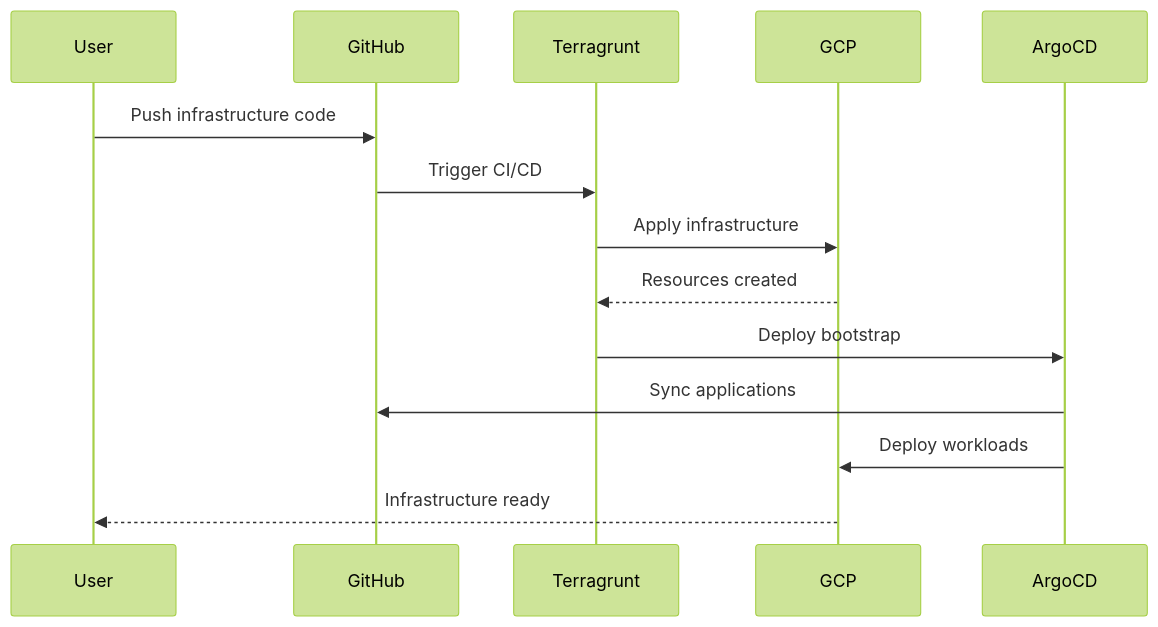
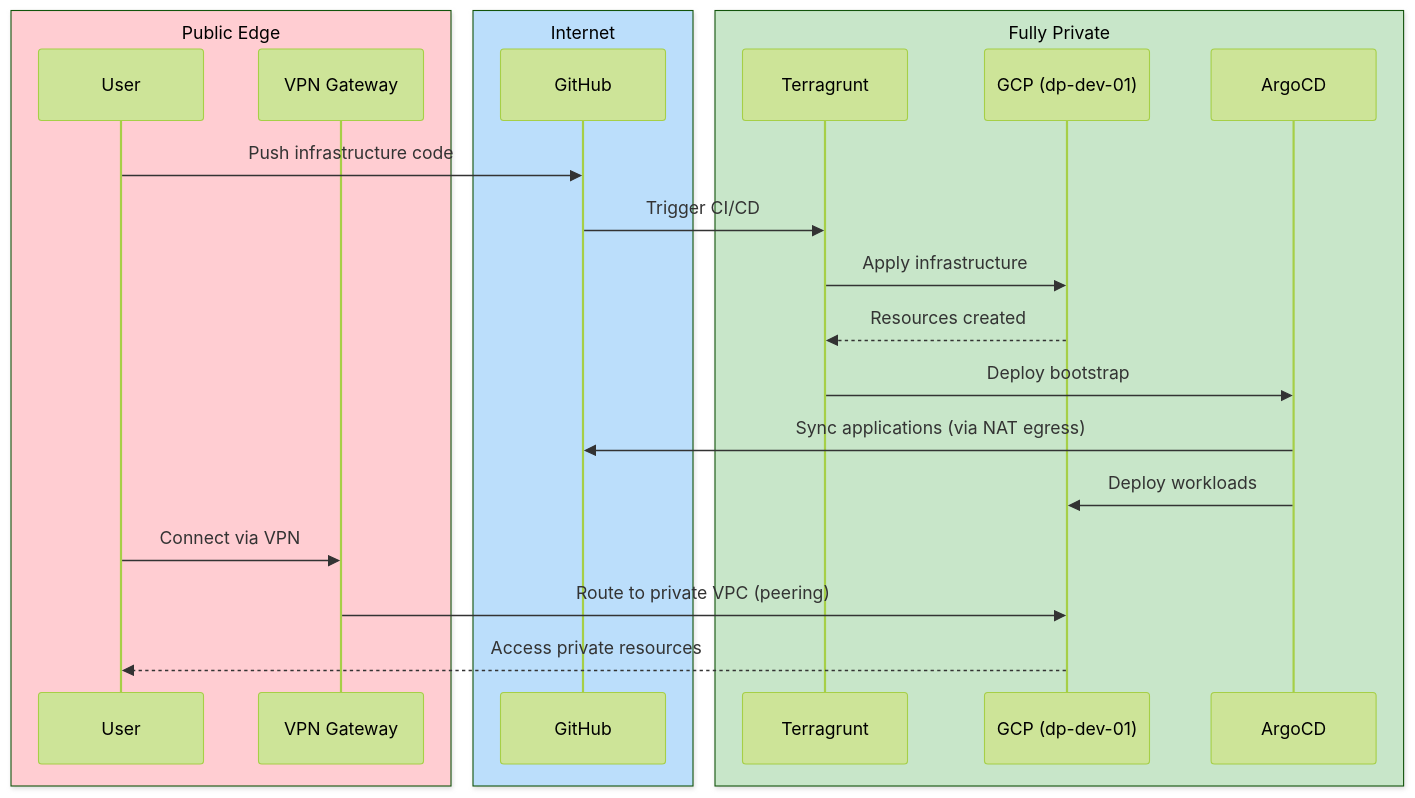
One commit to spolspol/terragrunt-gcp-org-automation changed the seventh of 7 diagrams in docs/ARCHITECTURE_DIAGRAM.md. Above: the diagram before and after it, drawn with Mermaid (forest theme). The commit also changed other lines of this file and 243 other files, not shown here.

````diff
--- a/docs/ARCHITECTURE_DIAGRAM.md
+++ b/docs/ARCHITECTURE_DIAGRAM.md
@@ -316,17 +518,26 @@
 ```mermaid
 sequenceDiagram
-    participant User
-    participant GitHub
-    participant Terragrunt
-    participant GCP
-    participant ArgoCD
-    
+    box rgb(255,205,210) Public Edge
+        participant User
+        participant VPN as VPN Gateway
+    end
+    box rgb(187,222,251) Internet
+        participant GitHub
+    end
+    box rgb(200,230,201) Fully Private
+        participant Terragrunt
+        participant GCP as GCP (dp-dev-01)
+        participant ArgoCD
+    end
+
     User->>GitHub: Push infrastructure code
     GitHub->>Terragrunt: Trigger CI/CD
     Terragrunt->>GCP: Apply infrastructure
     GCP-->>Terragrunt: Resources created
     Terragrunt->>ArgoCD: Deploy bootstrap
-    ArgoCD->>GitHub: Sync applications
+    ArgoCD->>GitHub: Sync applications (via NAT egress)
     ArgoCD->>GCP: Deploy workloads
-    GCP-->>User: Infrastructure ready
+    User->>VPN: Connect via VPN
+    VPN->>GCP: Route to private VPC (peering)
+    GCP-->>User: Access private resources
 ```
````
